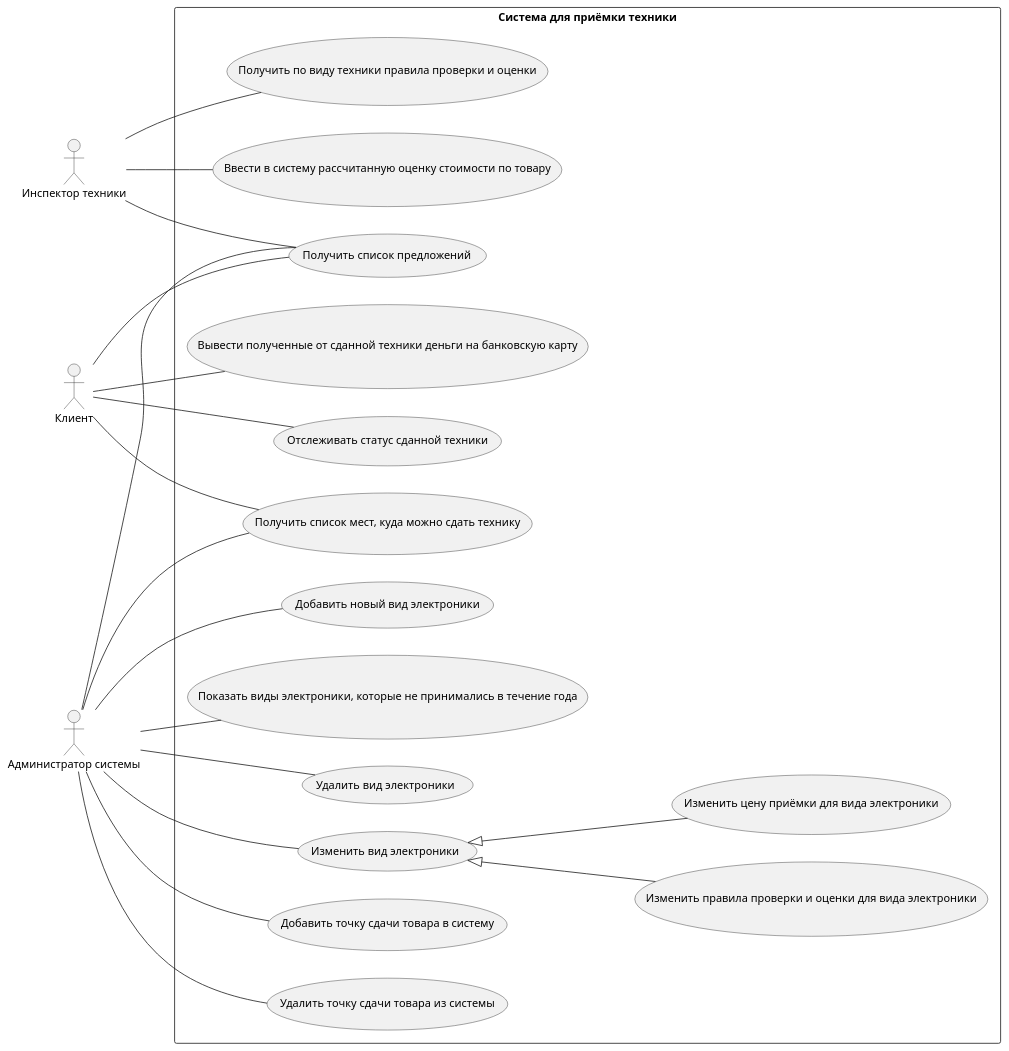
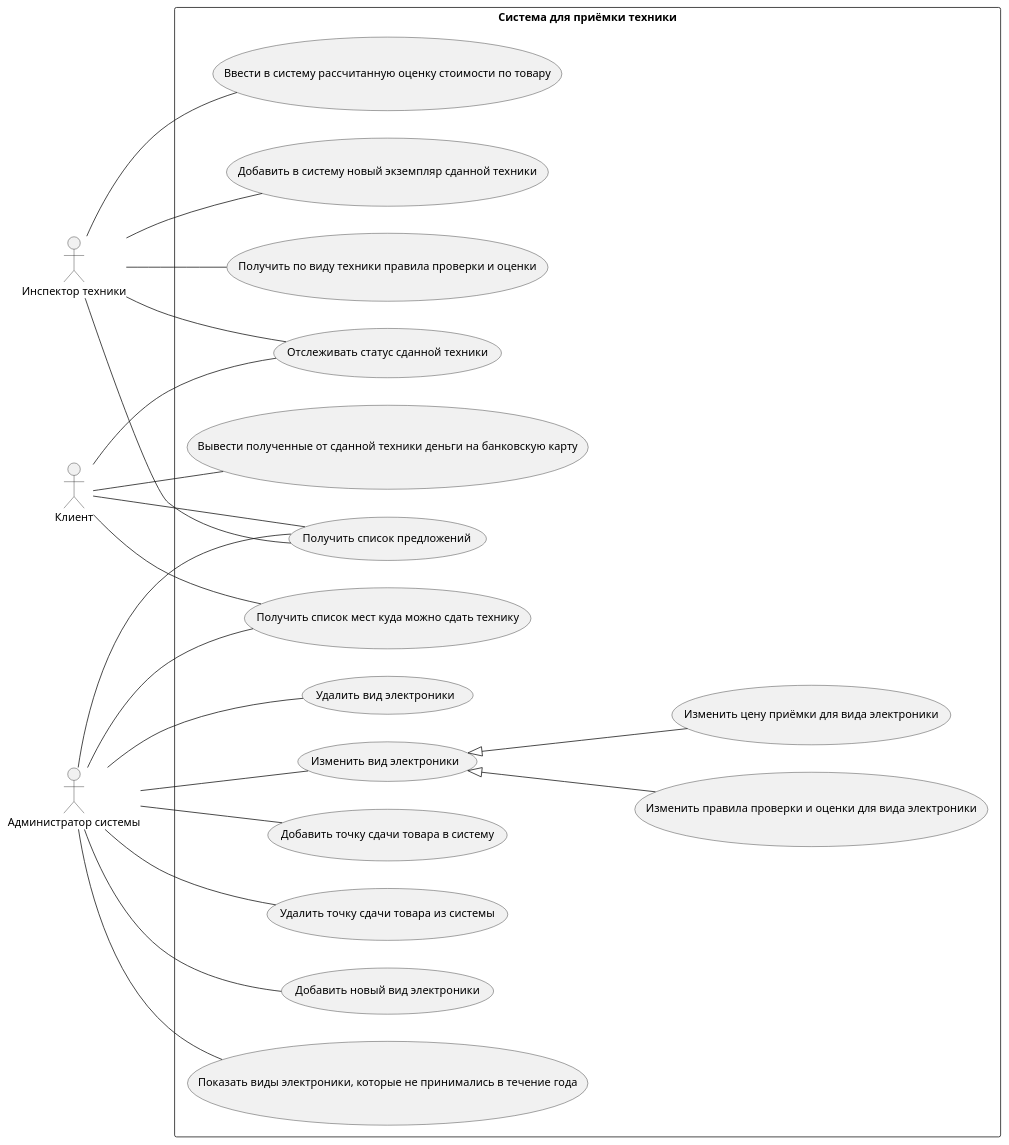
The diagram in Lab Work №1/src/use_case_diagram.puml (ShlumBerg/PAPS), drawn with PlantUML before and after one commit.

Commit message:
Обновлен код для создания use-case диаграммы в соответствии с изменениями в ФТ

```diff
--- a/Lab Work №1/src/use_case_diagram.puml
+++ b/Lab Work №1/src/use_case_diagram.puml
@@ -1,44 +1,47 @@
 @startuml
 left to right direction
 
 actor "Инспектор техники" as Inspector
 actor "Клиент" as Client
 actor "Администратор системы" as Administrator
 
 rectangle "Система для приёмки техники" {
 usecase "Получить список предложений" as (GetDealsList)
-usecase "Получить список мест, куда можно сдать технику" as (GetLocationsList)
+usecase "Получить список мест куда можно сдать технику" as (GetLocationsList)
 usecase "Отслеживать статус сданной техники" as (GetDeviceStatus)
 usecase "Вывести полученные от сданной техники деньги на банковскую карту" as (TransferMoneyToCard)
 usecase "Получить по виду техники правила проверки и оценки" as (GetRules)
 usecase "Ввести в систему рассчитанную оценку стоимости по товару" as (InputAssessment)
 usecase "Добавить новый вид электроники" as (AddNewElectronicType)
 usecase "Показать виды электроники, которые не принимались в течение года" as (ShowOldElectronics)
 usecase "Удалить вид электроники" as (DeleteElectronicType)
 usecase "Изменить вид электроники" as (ChangeElectronicType)
 usecase "Изменить правила проверки и оценки для вида электроники" as (ChangeRules)
 usecase "Изменить цену приёмки для вида электроники" as (ChangePrice)
 usecase "Добавить точку сдачи товара в систему" as (AddLocation)
 usecase "Удалить точку сдачи товара из системы" as (DeleteLocation)
+usecase "Добавить в систему новый экземпляр сданной техники" as (AddInstance)
 }
 Client--(GetDealsList)
 Client--(GetLocationsList)
 Client--(GetDeviceStatus)
 Client--(TransferMoneyToCard)
 
 Inspector--(GetDealsList)
 Inspector--(GetRules)
 Inspector--(InputAssessment)
+Inspector--(AddInstance)
+Inspector--(GetDeviceStatus)
 
 Administrator--(GetDealsList)
 Administrator--(GetLocationsList)
 Administrator--(AddNewElectronicType)
 Administrator--(ShowOldElectronics)
 Administrator--(ChangeElectronicType)
 Administrator--(DeleteElectronicType)
 Administrator--(AddLocation)
 Administrator--(DeleteLocation)
 
 (ChangeElectronicType) <|-- (ChangeRules)
 (ChangeElectronicType) <|-- (ChangePrice)
 @enduml
```
